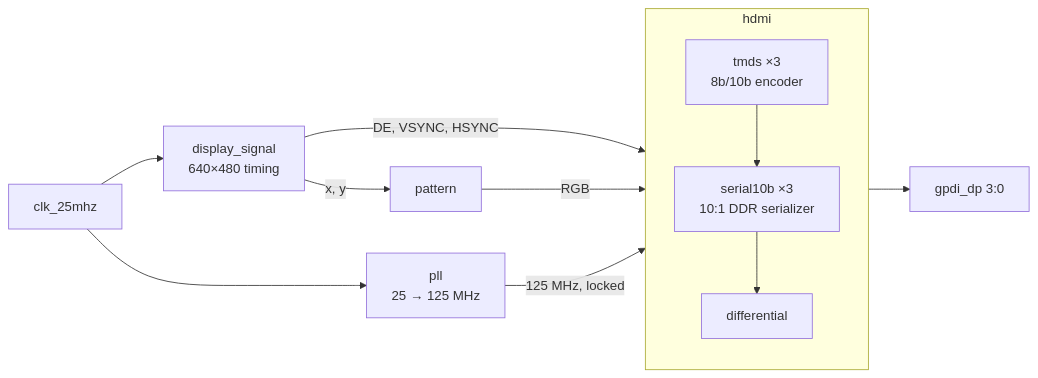
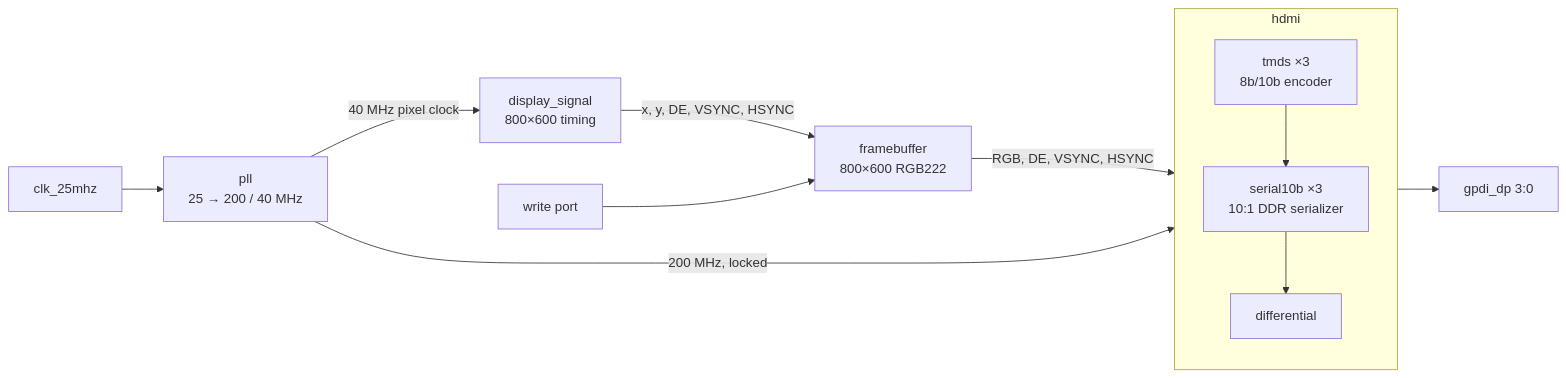
One commit to kornelu123/sv-hdmi changed the diagram in README.md. Above: the diagram before and after it, drawn with Mermaid. The commit also changed other lines of this file and 17 other files, not shown here.

````diff
--- a/README.md
+++ b/README.md
@@ -9,13 +9,13 @@
 ```mermaid
 flowchart LR
-    clk[clk_25mhz] --> pll["pll<br/>25 → 125 MHz"]
-    clk --> ds["display_signal<br/>640×480 timing"]
-    ds -- "x, y" --> pat[pattern]
-    ds -- "DE, VSYNC, HSYNC" --> hdmi
-    pat -- RGB --> hdmi
-    pll -- "125 MHz, locked" --> hdmi
+    clk[clk_25mhz] --> pll["pll<br/>25 → 200 / 40 MHz"]
+    pll -- "40 MHz pixel clock" --> ds["display_signal<br/>800×600 timing"]
+    ds -- "x, y, DE, VSYNC, HSYNC" --> fb["framebuffer<br/>800×600 RGB222"]
+    wr[write port] --> fb
+    fb -- "RGB, DE, VSYNC, HSYNC" --> hdmi
+    pll -- "200 MHz, locked" --> hdmi
     subgraph hdmi
         tmds["tmds ×3<br/>8b/10b encoder"] --> ser["serial10b ×3<br/>10:1 DDR serializer"] --> diff[differential]
     end
     hdmi --> gpdi[gpdi_dp 3:0]
 ```
````
